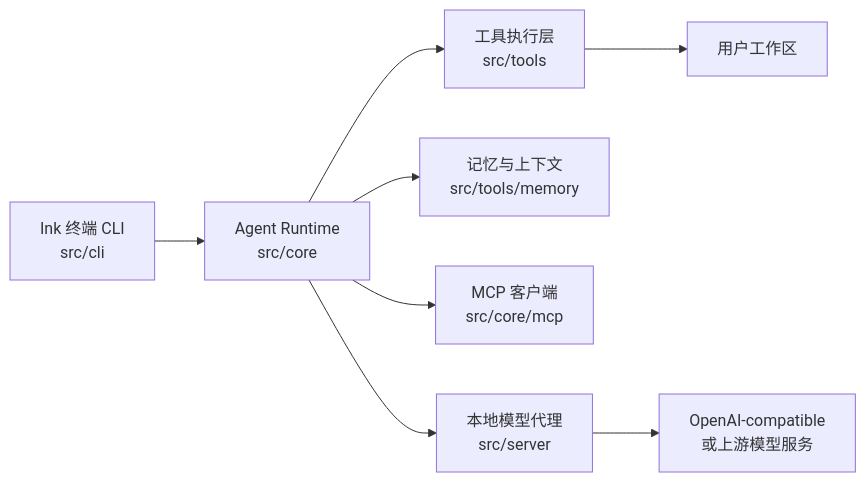
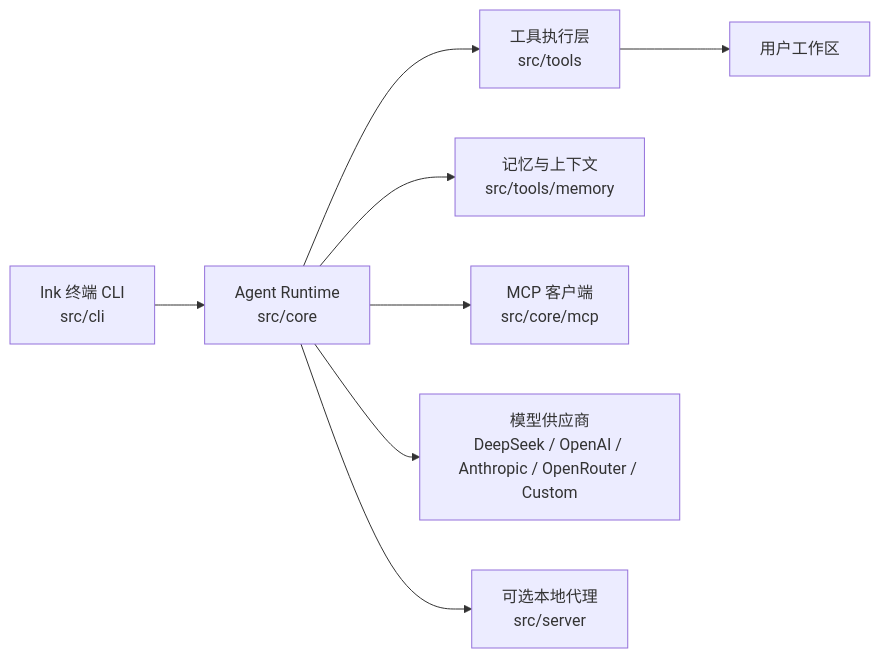
Before and after one commit to MengShengbo/TurboFlux: the first of 2 diagrams in README.md, drawn with Mermaid. The commit also changed other lines of this file and 11 other files, not shown here.

````diff
--- a/README.md
+++ b/README.md
@@ -40,10 +38,10 @@
 ```mermaid
 flowchart LR
   CLI["Ink 终端 CLI\nsrc/cli"] --> Runtime["Agent Runtime\nsrc/core"]
   Runtime --> Tools["工具执行层\nsrc/tools"]
   Runtime --> Memory["记忆与上下文\nsrc/tools/memory"]
   Runtime --> MCP["MCP 客户端\nsrc/core/mcp"]
-  Runtime --> Proxy["本地模型代理\nsrc/server"]
-  Proxy --> Provider["OpenAI-compatible\n或上游模型服务"]
+  Runtime --> Provider["模型供应商\nDeepSeek / OpenAI / Anthropic / OpenRouter / Custom"]
+  Runtime --> Proxy["可选本地代理\nsrc/server"]
   Tools --> Workspace["用户工作区"]
 ```
````
